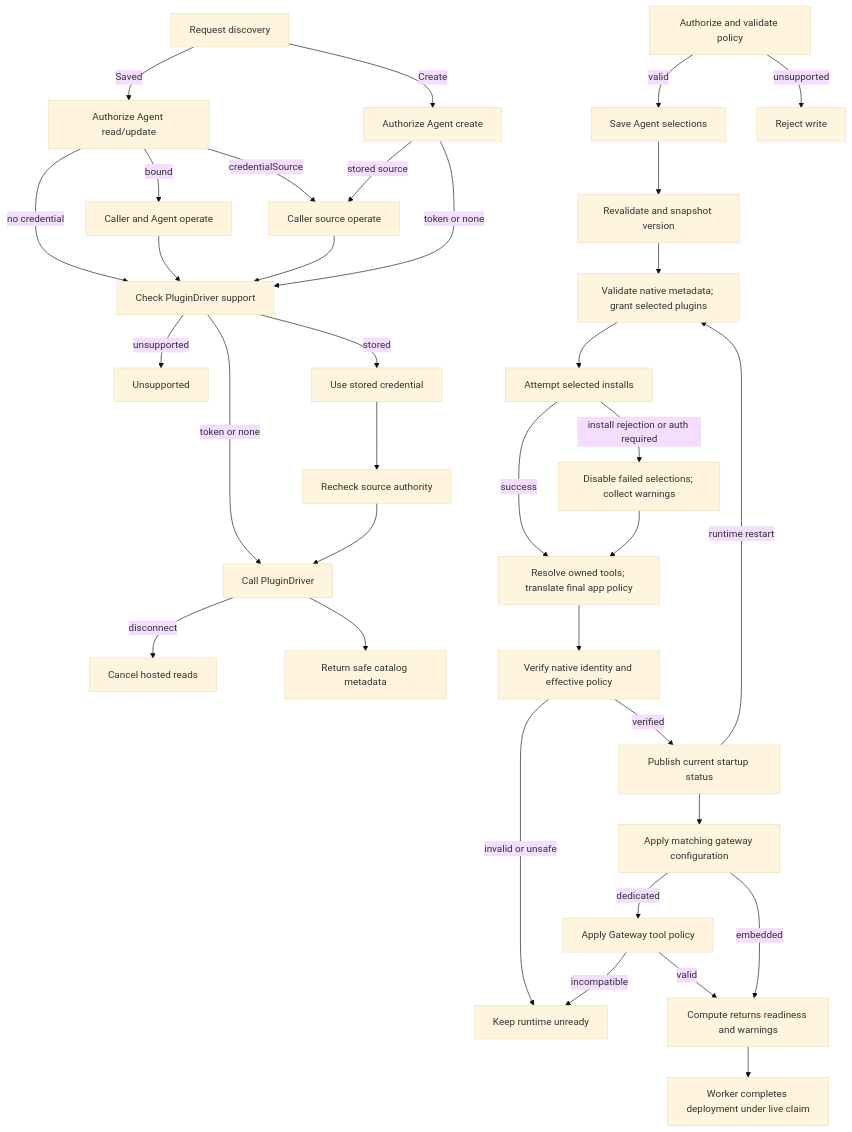
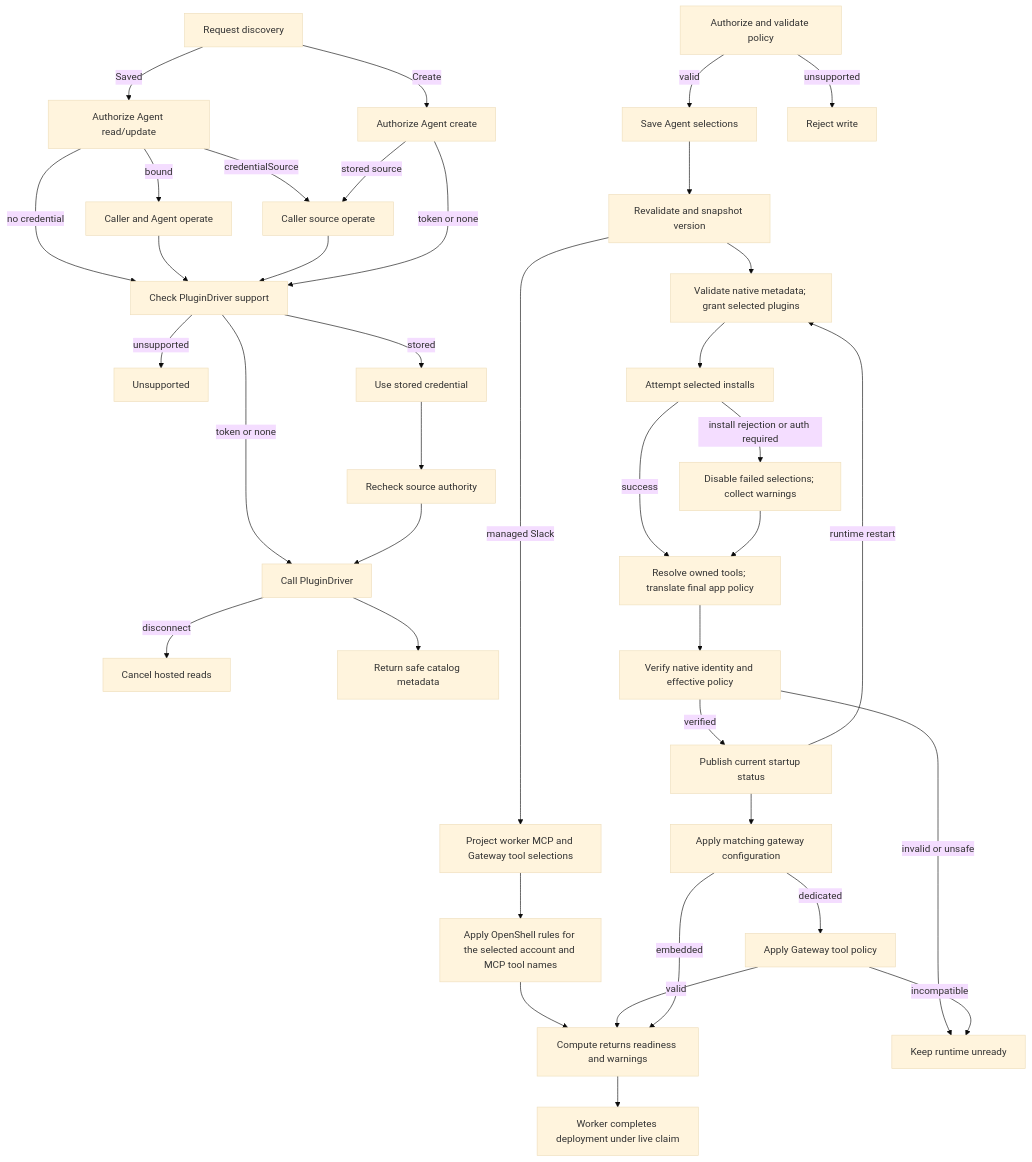
The diagram in docs/flows/agent-plugins.md (openclaw/openclaw-enterprise), drawn with Mermaid (base theme) before and after one commit. The commit also changed other lines of this file and 14 other files, not shown here.

Commit message:
Deploy the selected Slack MCP tools on dedicated OpenClaw Agents

````diff
--- a/docs/flows/agent-plugins.md
+++ b/docs/flows/agent-plugins.md
@@ -30,33 +30,36 @@
 ```mermaid
 graph TD
   D0["Request discovery"] -->|Create| D1["Authorize Agent create"]
   D0 -->|Saved| E0["Authorize Agent read/update"]
   E0 -->|no credential| D6
   E0 -->|bound| E1["Caller and Agent operate"] --> D6
   E0 -->|credentialSource| D2
   D1 -->|stored source| D2["Caller source operate"] --> D6["Check PluginDriver support"]
   D1 -->|token or none| D6
   D6 -->|unsupported| D7["Unsupported"]
   D6 -->|token or none| D4["Call PluginDriver"]
   D6 -->|stored| D3["Use stored credential"] --> E3["Recheck source authority"] --> D4
   D4 -->|disconnect| D8["Cancel hosted reads"]
   D4 --> D5["Return safe catalog metadata"]
   A["Authorize and validate policy"] -->|valid| S["Save Agent selections"]
   A -->|unsupported| Y["Reject write"]
   S --> B["Revalidate and snapshot version"]
+  B -->|managed Slack| K["Project worker MCP and Gateway tool selections"]
+  K --> L["Apply OpenShell rules for the selected account and MCP tool names"]
+  L --> I
   B --> C["Validate native metadata; grant selected plugins"]
   C --> D["Attempt selected installs"]
   D -->|install rejection or auth required| E["Disable failed selections; collect warnings"]
   D -->|success| T["Resolve owned tools; translate final app policy"]
   E --> T
   T --> F["Verify native identity and effective policy"]
   F -->|invalid or unsafe| X["Keep runtime unready"]
   F -->|verified| G["Publish current startup status"]
   G --> H["Apply matching gateway configuration"]
   H -->|dedicated| P["Apply Gateway tool policy"]
   P -->|incompatible| X
   P -->|valid| I
   H -->|embedded| I["Compute returns readiness and warnings"]
   I --> J["Worker completes deployment under live claim"]
   G -->|runtime restart| C
 ```
````
